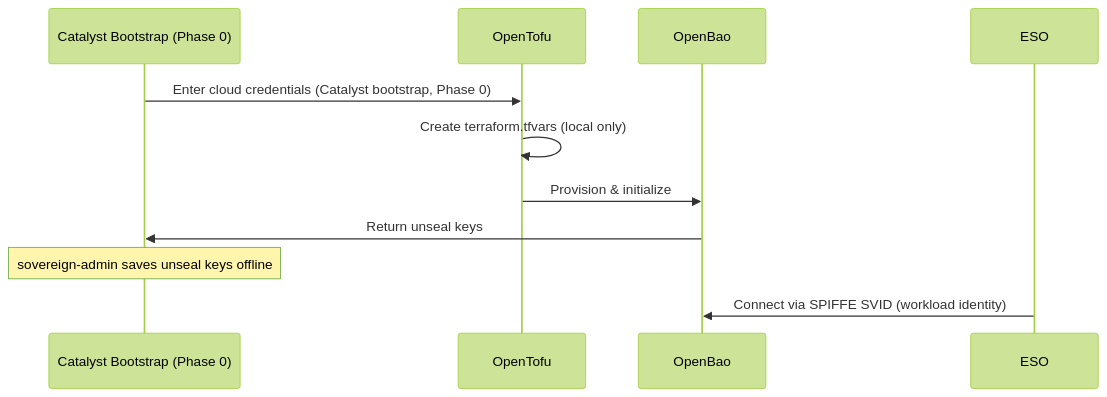
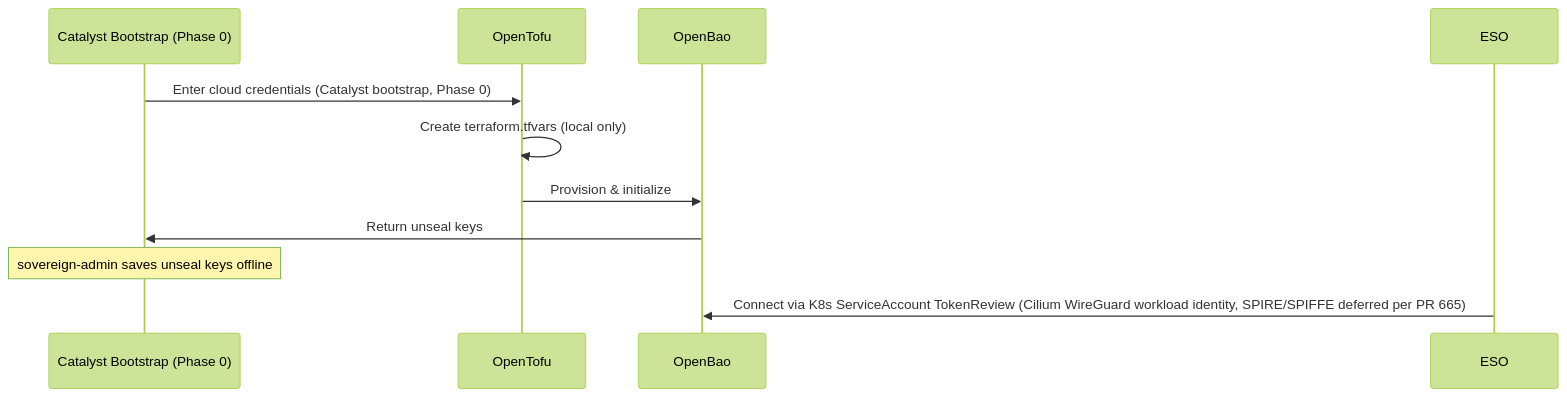
One commit to openova-io/openova changed the second of 2 diagrams in platform/external-secrets/README.md. Above: the diagram before and after it, drawn with Mermaid (forest theme). The commit also changed other lines of this file and 101 other files, not shown here.

````diff
--- a/platform/external-secrets/README.md
+++ b/platform/external-secrets/README.md
@@ -64,14 +64,14 @@
 ```mermaid
 sequenceDiagram
     participant Wizard as Catalyst Bootstrap (Phase 0)
     participant TF as OpenTofu
     participant OpenBao as OpenBao
     participant ESO as ESO
 
     Wizard->>TF: Enter cloud credentials (Catalyst bootstrap, Phase 0)
     TF->>TF: Create terraform.tfvars (local only)
     TF->>OpenBao: Provision & initialize
     OpenBao->>Wizard: Return unseal keys
     Note over Wizard: sovereign-admin saves unseal keys offline
-    ESO->>OpenBao: Connect via SPIFFE SVID (workload identity)
+    ESO->>OpenBao: Connect via K8s ServiceAccount TokenReview (Cilium WireGuard workload identity, SPIRE/SPIFFE deferred per PR 665)
 ```
````
